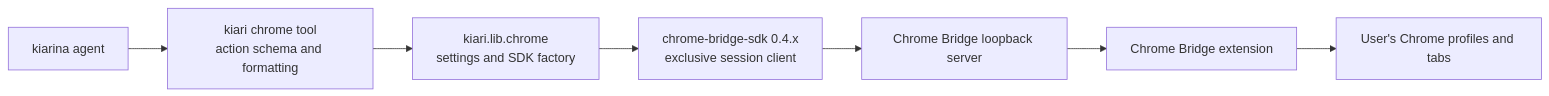
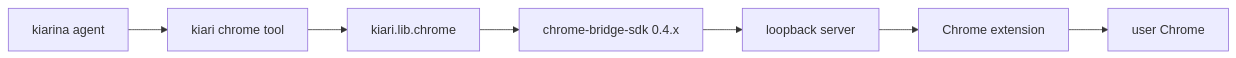
Before and after one commit to kiarina/kiari: the first of 2 diagrams in docs/concepts/chrome-tool-and-bridge.md, drawn with Mermaid. The commit also changed other lines of this file and 19 other files, not shown here.

````diff
--- a/docs/concepts/chrome-tool-and-bridge.md
+++ b/docs/concepts/chrome-tool-and-bridge.md
@@ -12,9 +12,9 @@
 ```mermaid
 flowchart LR
-    Agent["kiarina agent"] --> Tool["kiari chrome tool\naction schema and formatting"]
-    Tool --> Adapter["kiari.lib.chrome\nsettings and SDK factory"]
-    Adapter --> SDK["chrome-bridge-sdk 0.4.x\nexclusive session client"]
-    SDK --> Server["Chrome Bridge loopback server"]
-    Server --> Extension["Chrome Bridge extension"]
-    Extension --> Chrome["User's Chrome profiles and tabs"]
+    Agent["kiarina agent"] --> Tool["kiari chrome tool"]
+    Tool --> Adapter["kiari.lib.chrome"]
+    Adapter --> SDK["chrome-bridge-sdk 0.4.x"]
+    SDK --> Server["loopback server"]
+    Server --> Extension["Chrome extension"]
+    Extension --> Chrome["user Chrome"]
 ```
````
